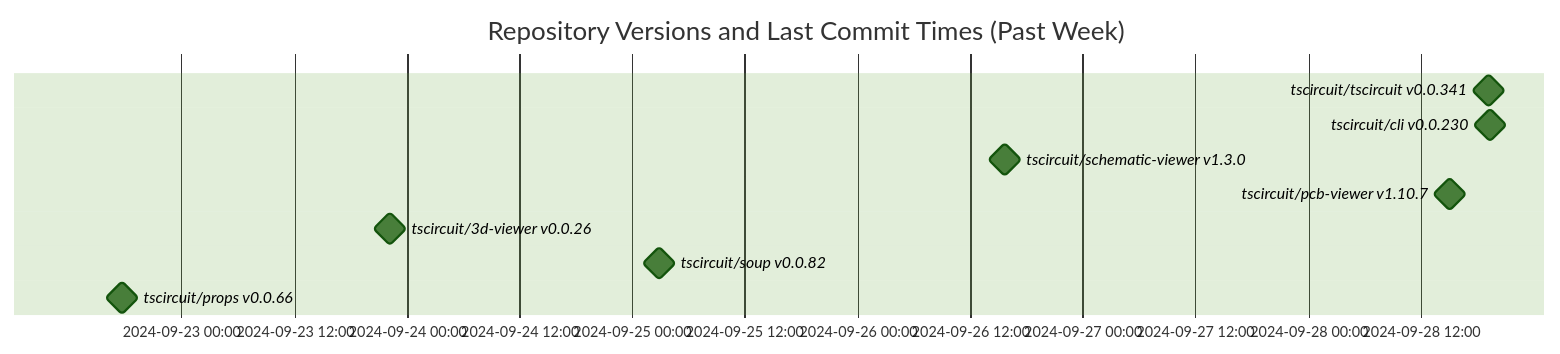
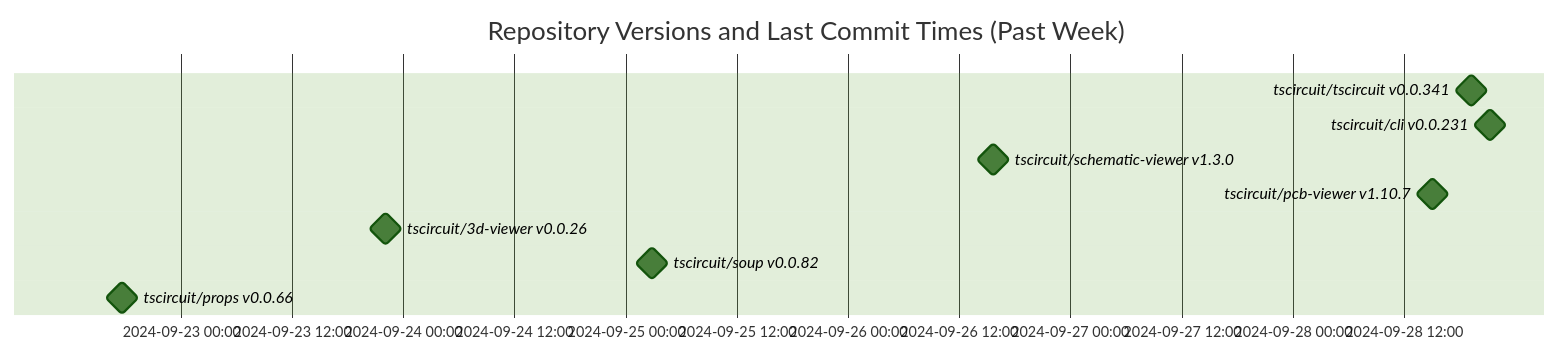
Before and after one commit to tscircuit/version-tracker: the diagram in README.md, drawn with Mermaid (forest theme).

Commit message:
Update chart

````diff
--- a/README.md
+++ b/README.md
@@ -1,14 +1,14 @@
 ```mermaid
 gantt
   dateFormat  YYYY-MM-DD HH:mm:ss
   title Repository Versions and Last Commit Times (Past Week)
   axisFormat %Y-%m-%d %H:%M
 
   tscircuit/tscircuit v0.0.341 : milestone, 2024-09-28 19:18:49, 1s
-  tscircuit/cli v0.0.230 : milestone, 2024-09-28 19:24:20, 1s
+  tscircuit/cli v0.0.231 : milestone, 2024-09-28 21:20:14, 1s
   tscircuit/schematic-viewer v1.3.0 : milestone, 2024-09-26 15:39:47, 1s
   tscircuit/pcb-viewer v1.10.7 : milestone, 2024-09-28 15:06:22, 1s
   tscircuit/3d-viewer v0.0.26 : milestone, 2024-09-23 22:06:33, 1s
   tscircuit/soup v0.0.82 : milestone, 2024-09-25 02:48:20, 1s
   tscircuit/props v0.0.66 : milestone, 2024-09-22 17:38:44, 1s
 ```
````
